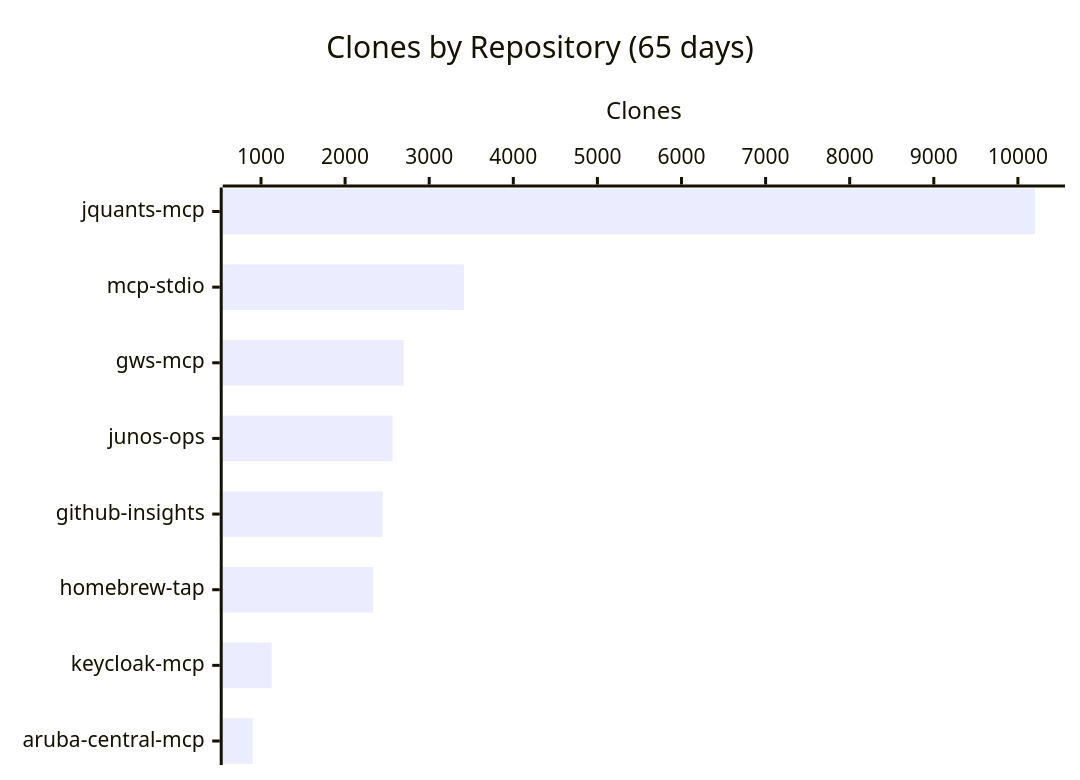
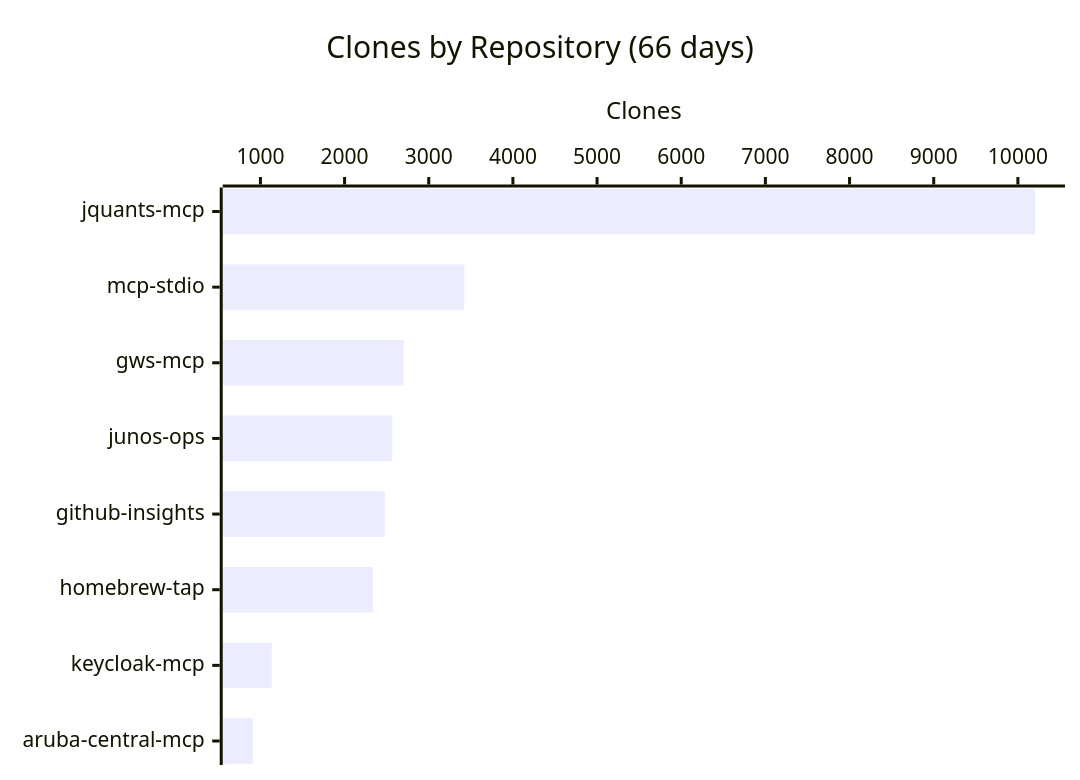
The third of 3 diagrams in README.md (shigechika/github-insights), drawn with Mermaid before and after one commit. The commit also changed other lines of this file and 2 other files, not shown here.

````diff
--- a/README.md
+++ b/README.md
@@ -38,7 +38,7 @@
 ```mermaid
 xychart-beta horizontal
-    title "Clones by Repository (65 days)"
+    title "Clones by Repository (66 days)"
     x-axis ["jquants-mcp", "mcp-stdio", "gws-mcp", "junos-ops", "github-insights", "homebrew-tap", "keycloak-mcp", "aruba-central-mcp"]
     y-axis "Clones"
-    bar [10203, 3413, 2695, 2564, 2448, 2335, 1127, 902]
+    bar [10203, 3422, 2702, 2566, 2479, 2337, 1134, 909]
 ```
````
